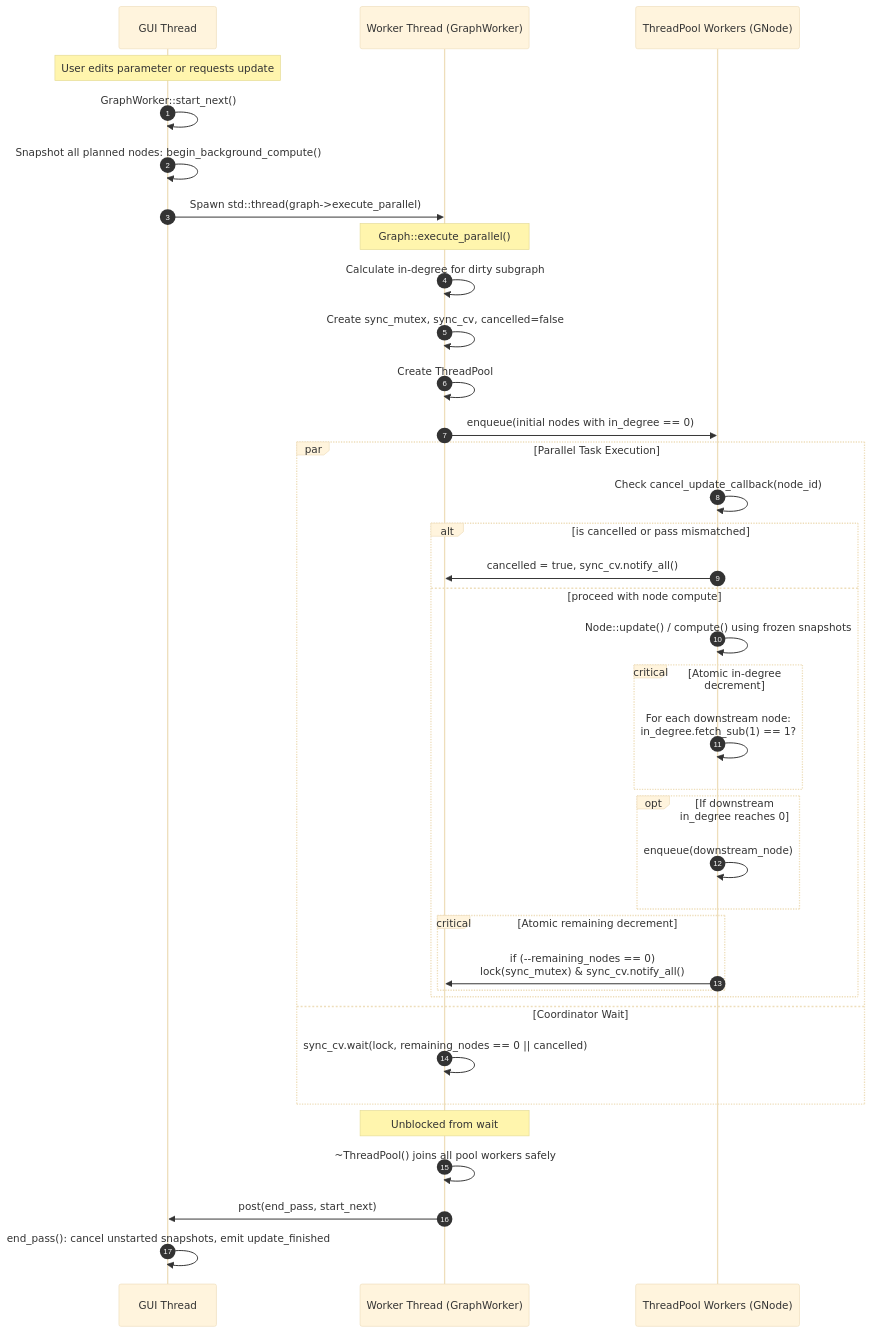
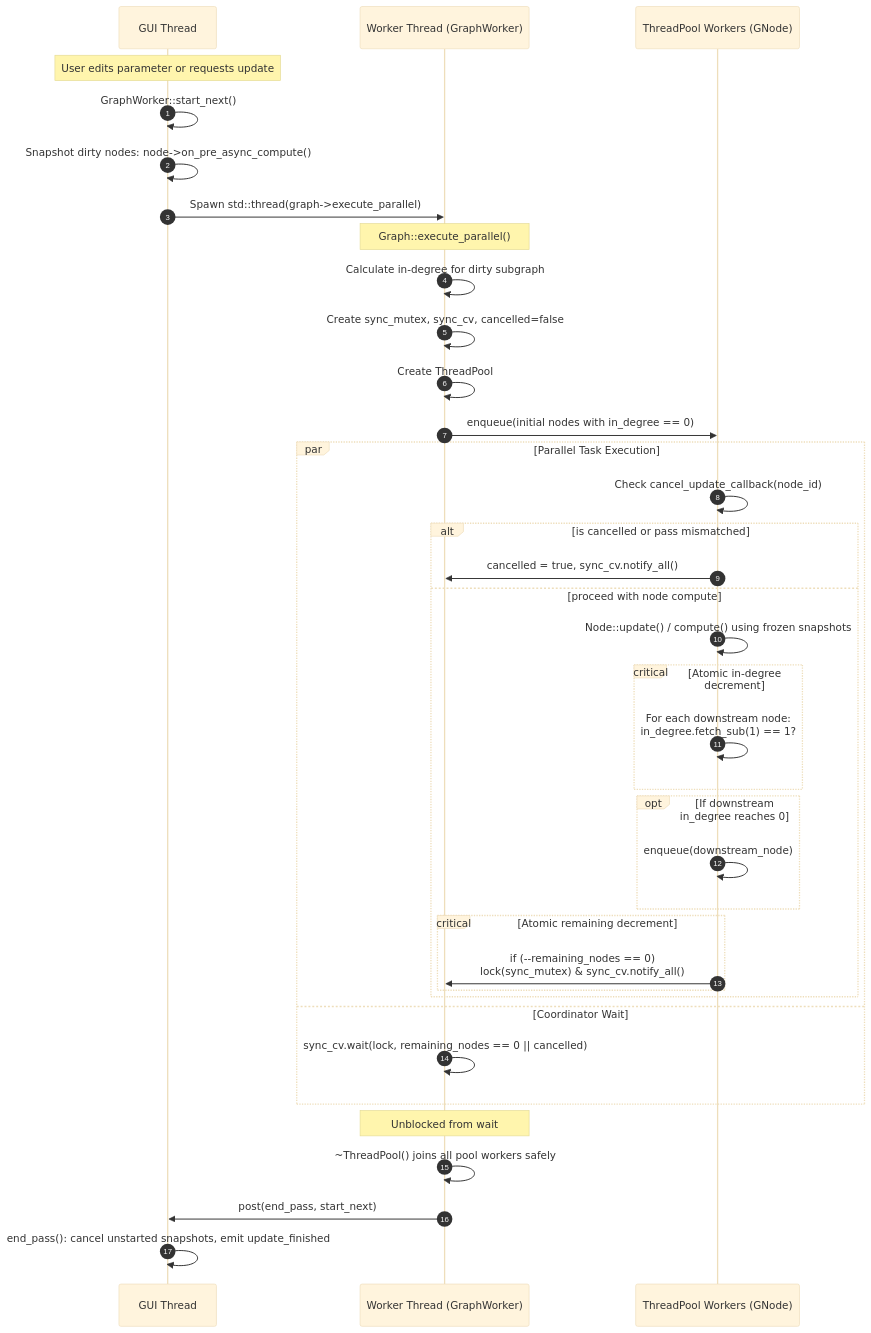
One commit to ottolink-dev/Hesiod changed the diagram in docs/design/async_update_architecture/diagrams/sequence_flow.mmd. Above: the diagram before and after it, drawn with Mermaid (base theme). The commit also changed 19 other files, not shown here.

Commit message:
refactor: migrate GraphWorker to GNode and update architecture docs

```diff
--- a/docs/design/async_update_architecture/diagrams/sequence_flow.mmd
+++ b/docs/design/async_update_architecture/diagrams/sequence_flow.mmd
@@ -1,41 +1,41 @@
 sequenceDiagram
     autonumber
     participant GUI as GUI Thread
     participant WT as Worker Thread (GraphWorker)
     participant TP as ThreadPool Workers (GNode)
 
     Note over GUI: User edits parameter or requests update
     GUI->>GUI: GraphWorker::start_next()
-    GUI->>GUI: Snapshot all planned nodes: begin_background_compute()
+    GUI->>GUI: Snapshot dirty nodes: node->on_pre_async_compute()
     GUI->>WT: Spawn std::thread(graph->execute_parallel)
 
     Note over WT: Graph::execute_parallel()
     WT->>WT: Calculate in-degree for dirty subgraph
     WT->>WT: Create sync_mutex, sync_cv, cancelled=false
     WT->>WT: Create ThreadPool
     WT->>TP: enqueue(initial nodes with in_degree == 0)
 
     par Parallel Task Execution
         TP->>TP: Check cancel_update_callback(node_id)
         alt is cancelled or pass mismatched
             TP->>WT: cancelled = true, sync_cv.notify_all()
         else proceed with node compute
             TP->>TP: Node::update() / compute() using frozen snapshots
             critical Atomic in-degree decrement
                 TP->>TP: For each downstream node:<br/>in_degree.fetch_sub(1) == 1?
             end
             opt If downstream in_degree reaches 0
                 TP->>TP: enqueue(downstream_node)
             end
             critical Atomic remaining decrement
                 TP->>WT: if (--remaining_nodes == 0)<br/>lock(sync_mutex) & sync_cv.notify_all()
             end
         end
     and Coordinator Wait
         WT->>WT: sync_cv.wait(lock, remaining_nodes == 0 || cancelled)
     end
 
     Note over WT: Unblocked from wait
     WT->>WT: ~ThreadPool() joins all pool workers safely
     WT->>GUI: post(end_pass, start_next)
     GUI->>GUI: end_pass(): cancel unstarted snapshots, emit update_finished
```
